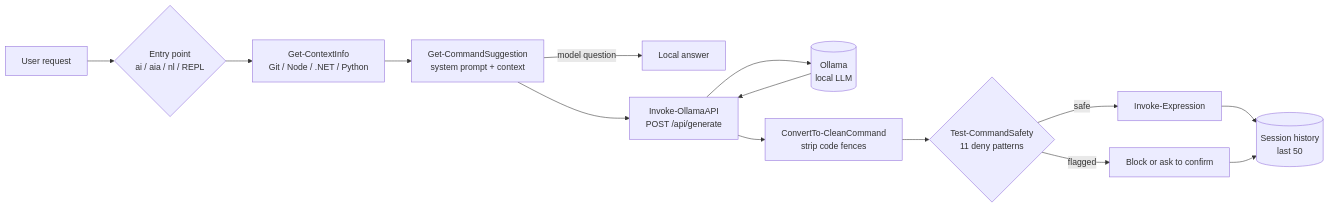
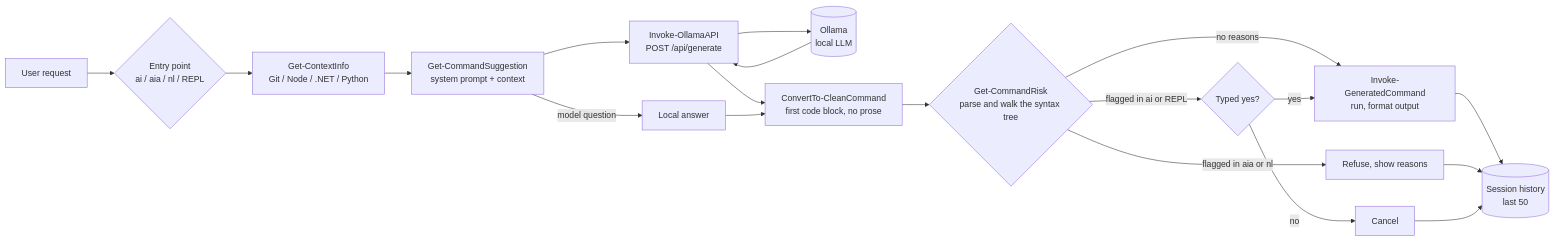
The diagram in README.md (ai-dev-2024/NewTerminal-AI), drawn with Mermaid before and after one commit. The commit also changed other lines of this file and 34 other files, not shown here.

````diff
--- a/README.md
+++ b/README.md
@@ -120,16 +205,21 @@
 ```mermaid
 flowchart LR
     U[User request] --> R{"Entry point<br/>ai / aia / nl / REPL"}
     R --> C["Get-ContextInfo<br/>Git / Node / .NET / Python"]
     C --> S["Get-CommandSuggestion<br/>system prompt + context"]
     S -- model question --> L[Local answer]
     S --> O["Invoke-OllamaAPI<br/>POST /api/generate"]
     O --> OL[(Ollama<br/>local LLM)]
     OL --> O
-    O --> K[ConvertTo-CleanCommand<br/>strip code fences]
-    K --> G{Test-CommandSafety<br/>11 deny patterns}
-    G -- safe --> X[Invoke-Expression]
-    G -- flagged --> B[Block or ask to confirm]
+    O --> K["ConvertTo-CleanCommand<br/>first code block, no prose"]
+    L --> K
+    K --> G{"Get-CommandRisk<br/>parse and walk the syntax tree"}
+    G -- no reasons --> X["Invoke-GeneratedCommand<br/>run, format output"]
+    G -- flagged in aia or nl --> B[Refuse, show reasons]
+    G -- flagged in ai or REPL --> Y{"Typed yes?"}
+    Y -- yes --> X
+    Y -- no --> N[Cancel]
     X --> H[(Session history<br/>last 50)]
     B --> H
+    N --> H
 ```
````
